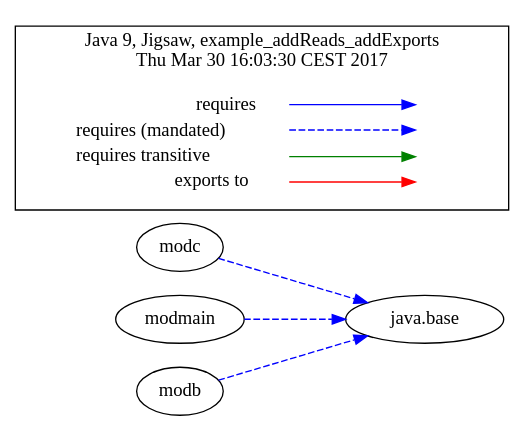
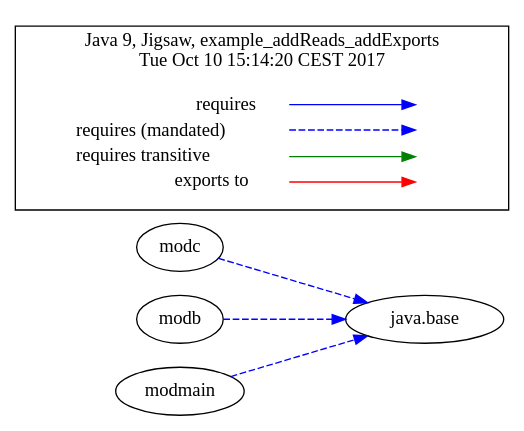
The diagram in jigsaw-examples/example_addReads_addExports/moduledependencies-withlegend.dot (accso/java9-jigsaw-examples), drawn with Graphviz before and after one commit. The commit also changed 84 other files, not shown here.

Commit message:
Updated all GraphViz files (.dot and .png output)

```diff
--- a/jigsaw-examples/example_addReads_addExports/moduledependencies-withlegend.dot
+++ b/jigsaw-examples/example_addReads_addExports/moduledependencies-withlegend.dot
@@ -1,33 +1,33 @@
-# Created by depvis.JigsawDepVisualizer on Thu Mar 30 16:03:30 CEST 2017
+# Created by depvis.JigsawDepVisualizer on Tue Oct 10 15:14:20 CEST 2017
 digraph Java9_Dependency_Visualizer {
 modc[fontname="Consolas",shape="ellipse",label="modc"];
 java_base[fontname="Consolas",shape="ellipse",label="java.base"];
+modb[fontname="Consolas",shape="ellipse",label="modb"];
 modmain[fontname="Consolas",shape="ellipse",label="modmain"];
-modb[fontname="Consolas",shape="ellipse",label="modb"];
 modc -> java_base[color="#0000ff",fontname="Consolas",fontcolor="#0000ff",style="dashed",weight="16"]
+modb -> java_base[color="#0000ff",fontname="Consolas",fontcolor="#0000ff",style="dashed",weight="16"]
 modmain -> java_base[color="#0000ff",fontname="Consolas",fontcolor="#0000ff",style="dashed",weight="16"]
-modb -> java_base[color="#0000ff",fontname="Consolas",fontcolor="#0000ff",style="dashed",weight="16"]
 rankdir=LR
 node [shape=plaintext]
 subgraph cluster_01 { 
   label = "Java 9, Jigsaw, example_addReads_addExports
-Thu Mar 30 16:03:30 CEST 2017"
+Tue Oct 10 15:14:20 CEST 2017"
   fontname="Consolas"
   key [label=<<table border="0" cellpadding="2" cellspacing="0" cellborder="0">
     <tr><td align="right" port="i1">requires</td></tr>
     <tr><td align="right" port="i2">requires (mandated)</td></tr>
     <tr><td align="right" port="i3">requires transitive</td></tr>
     <tr><td align="right" port="i4">exports to</td></tr>
     </table>>,fontname="Consolas"]
   key2 [label=<<table border="0" cellpadding="2" cellspacing="0" cellborder="0">
     <tr><td port="i1">&nbsp;</td></tr>
     <tr><td port="i2">&nbsp;</td></tr>
     <tr><td port="i3">&nbsp;</td></tr>
     <tr><td port="i4">&nbsp;</td></tr>
     </table>>,fontname="Consolas"]
   key:i1:e -> key2:i1:w [color=BLUE]
   key:i2:e -> key2:i2:w [color=BLUE, style=dashed]
   key:i3:e -> key2:i3:w [color=GREEN]
   key:i4:e -> key2:i4:w [color=RED]
 }
 }
```
